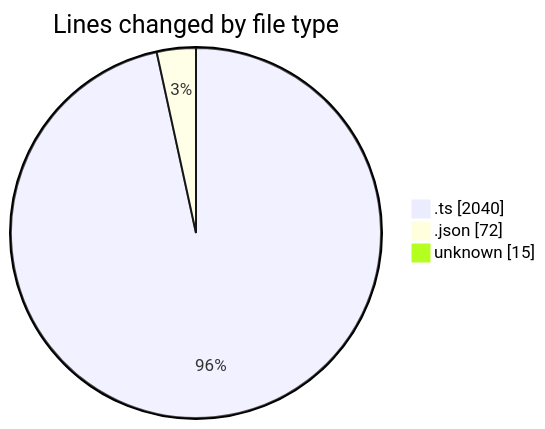
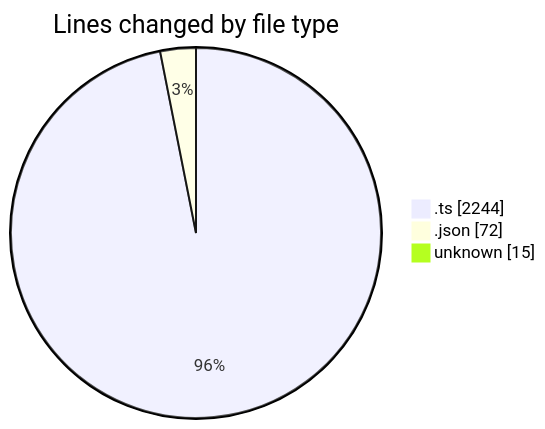
One commit to lephambinh05/code-tracking changed the first of 2 diagrams in 2025-09-10/hiai-phf/README.md. Above: the diagram before and after it, drawn with Mermaid. The commit also changed other lines of this file and 1 other file, not shown here.

````diff
--- a/2025-09-10/hiai-phf/README.md
+++ b/2025-09-10/hiai-phf/README.md
@@ -26,7 +27,7 @@
 ```mermaid
 pie showData
 title Lines changed by file type
-".ts" : 2040
+".ts" : 2244
 ".json" : 72
 "unknown" : 15
 ```
````
